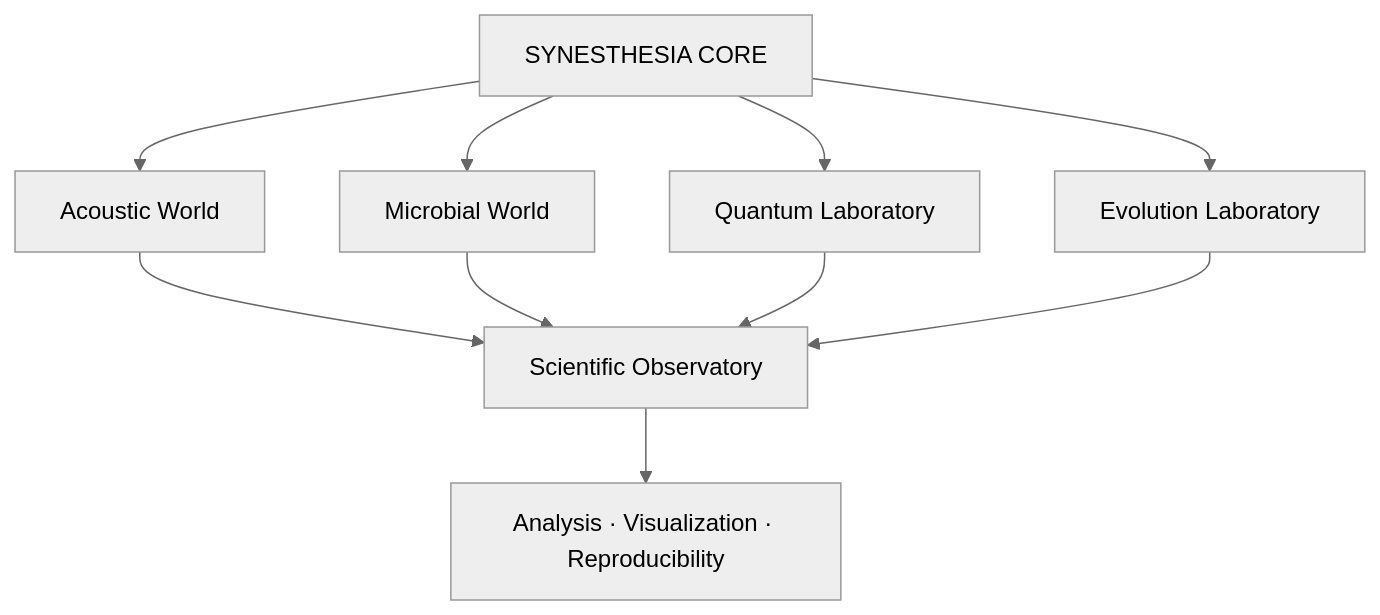
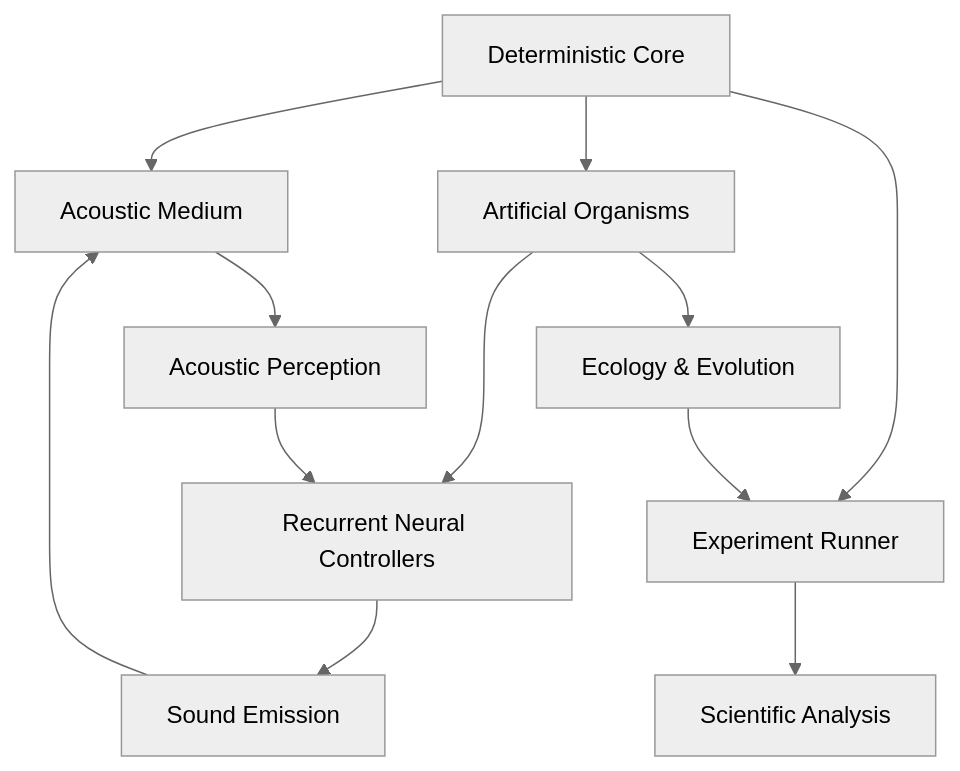
Before and after one commit to FreemanKlay/Synesthesia-Experimental-Proof-Project-Study-Material-: the diagram in README.md, drawn with Mermaid (neutral theme). The commit also changed other lines of this file, not shown here.

````diff
--- a/README.md
+++ b/README.md
@@ -117,16 +323,19 @@
 ```mermaid
 flowchart TB
-    CORE["SYNESTHESIA CORE"]
+    CORE["Deterministic Core"]
 
-    CORE --> ACOUSTIC["Acoustic World"]
-    CORE --> MICROBIAL["Microbial World"]
-    CORE --> QUANTUM["Quantum Laboratory"]
-    CORE --> EVOLUTION["Evolution Laboratory"]
+    CORE --> MEDIUM["Acoustic Medium"]
+    CORE --> ORGANISMS["Artificial Organisms"]
+    CORE --> EXPERIMENTS["Experiment Runner"]
 
-    ACOUSTIC --> OBS["Scientific Observatory"]
-    MICROBIAL --> OBS
-    QUANTUM --> OBS
-    EVOLUTION --> OBS
+    MEDIUM --> PERCEPTION["Acoustic Perception"]
+    ORGANISMS --> BRAINS["Recurrent Neural Controllers"]
 
-    OBS --> ANALYSIS["Analysis · Visualization · Reproducibility"]
+    PERCEPTION --> BRAINS
+    BRAINS --> EMISSION["Sound Emission"]
+    EMISSION --> MEDIUM
+
+    ORGANISMS --> ECOLOGY["Ecology & Evolution"]
+    ECOLOGY --> EXPERIMENTS
+    EXPERIMENTS --> ANALYSIS["Scientific Analysis"]
 ```
````
